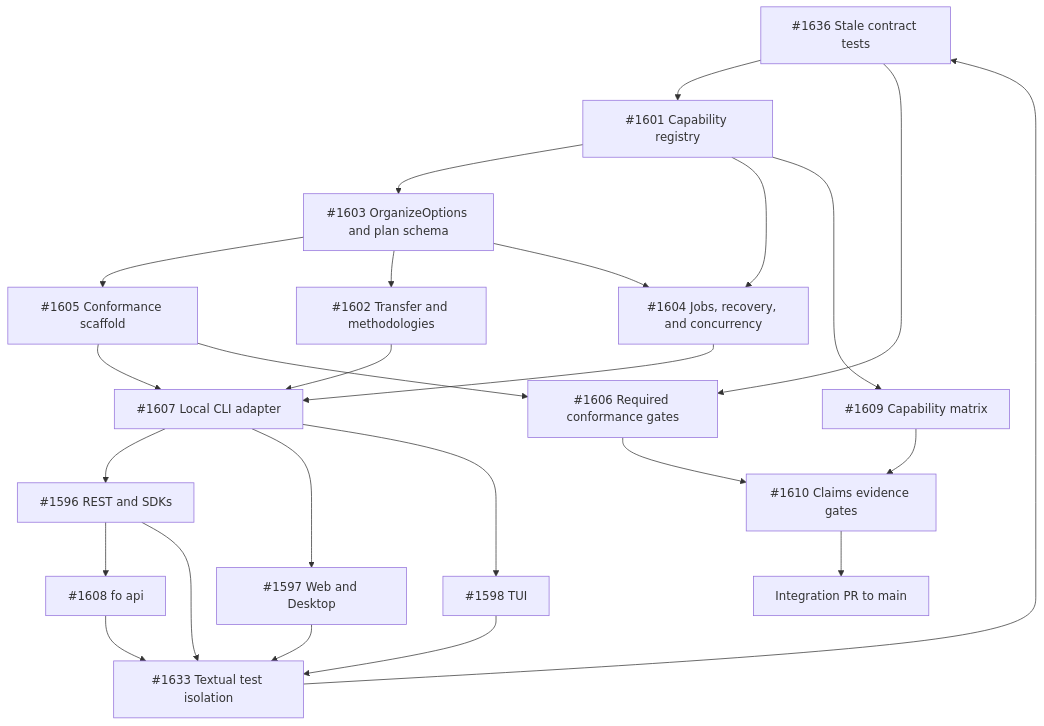
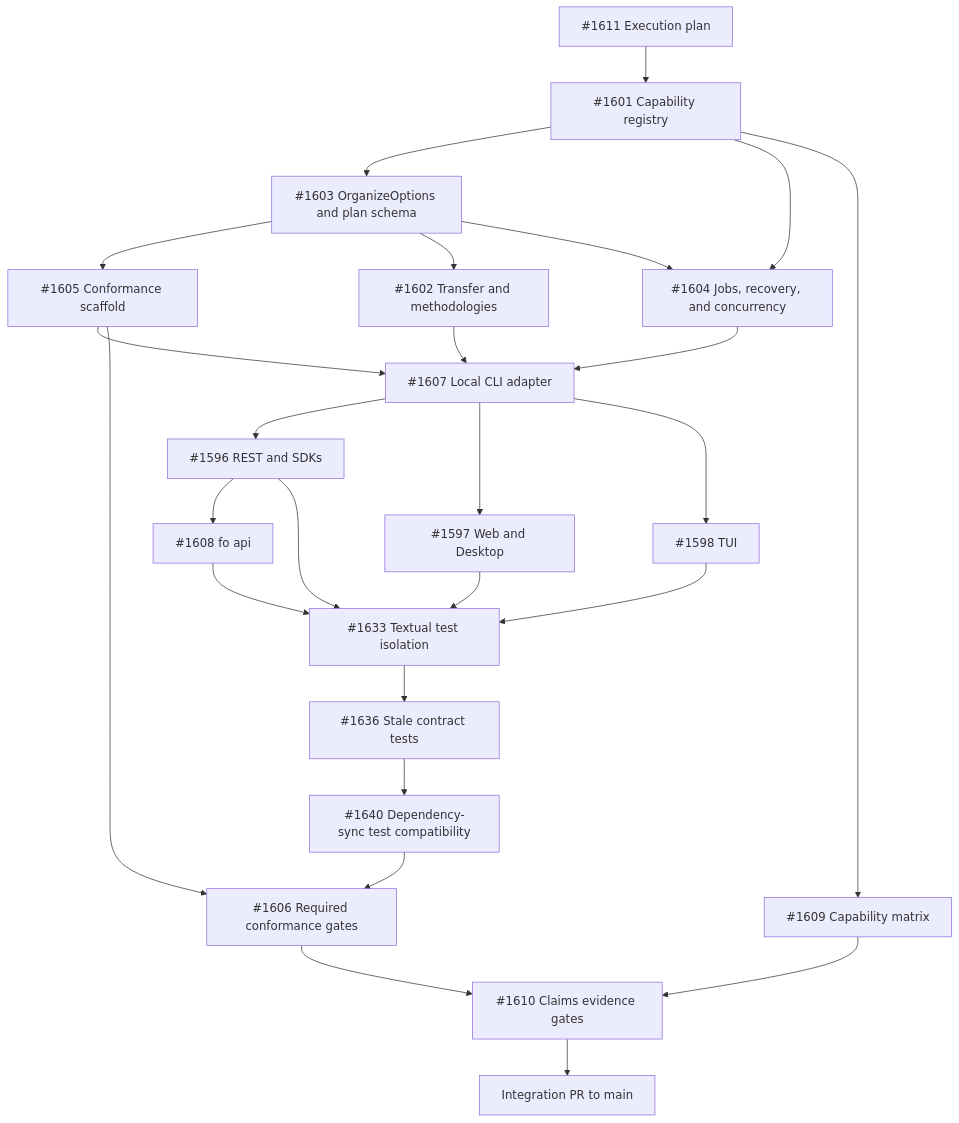
The diagram in docs/architecture/cross-surface-parity-execution.md (curdriceaurora/Local-File-Organizer), drawn with Mermaid before and after one commit. The commit also changed other lines of this file and 3 other files, not shown here.

First line of the commit message:
test: strengthen parity contract regression coverage

````diff
--- a/docs/architecture/cross-surface-parity-execution.md
+++ b/docs/architecture/cross-surface-parity-execution.md
@@ -105,27 +106,28 @@
 ```mermaid
 flowchart TD
     P["#1611 Execution plan"] --> A["#1601 Capability registry"]
     A --> B["#1603 OrganizeOptions and plan schema"]
     B --> C["#1605 Conformance scaffold"]
     B --> D["#1602 Transfer and methodologies"]
     A --> E["#1604 Jobs, recovery, and concurrency"]
     B --> E
     C --> F["#1607 Local CLI adapter"]
     D --> F
     E --> F
     F --> G["#1596 REST and SDKs"]
     F --> H["#1597 Web and Desktop"]
     F --> I["#1598 TUI"]
     G --> J["#1608 fo api"]
     G --> O["#1633 Textual test isolation"]
     H --> O
     I --> O
     J --> O
-    O --> P["#1636 Stale contract tests"]
-    P --> K["#1606 Required conformance gates"]
+    O --> Q["#1636 Stale contract tests"]
+    Q --> R["#1640 Dependency-sync test compatibility"]
+    R --> K["#1606 Required conformance gates"]
     A --> L["#1609 Capability matrix"]
     C --> K
     K --> M["#1610 Claims evidence gates"]
     L --> M
     M --> N["Integration PR to main"]
 ```
````
